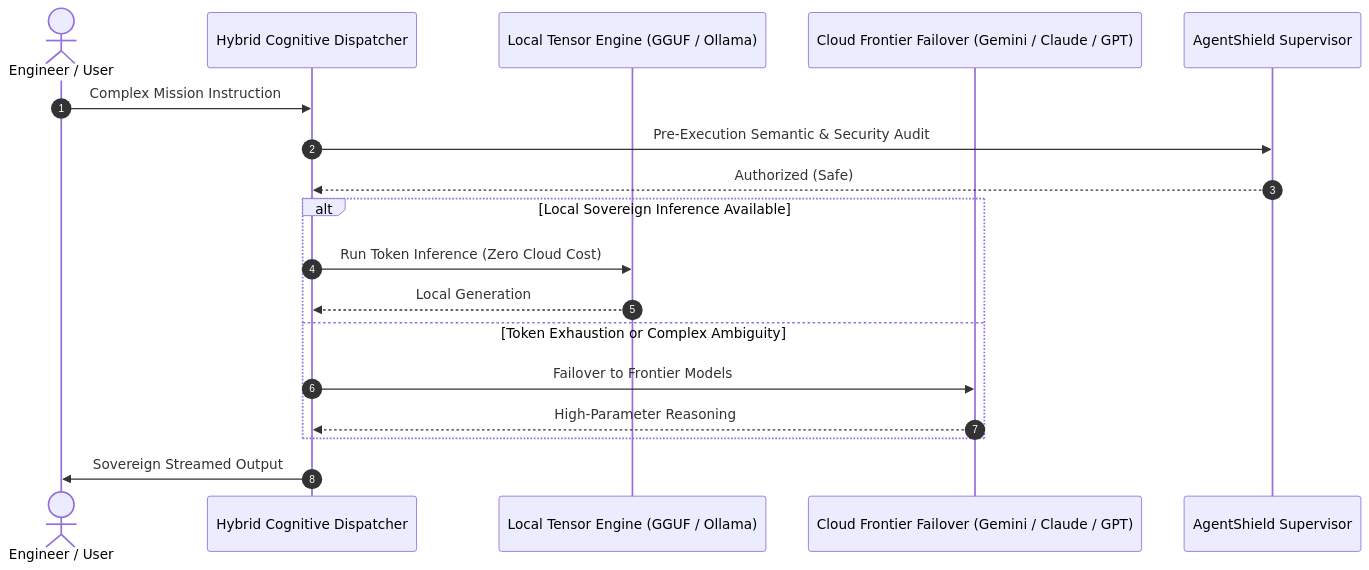
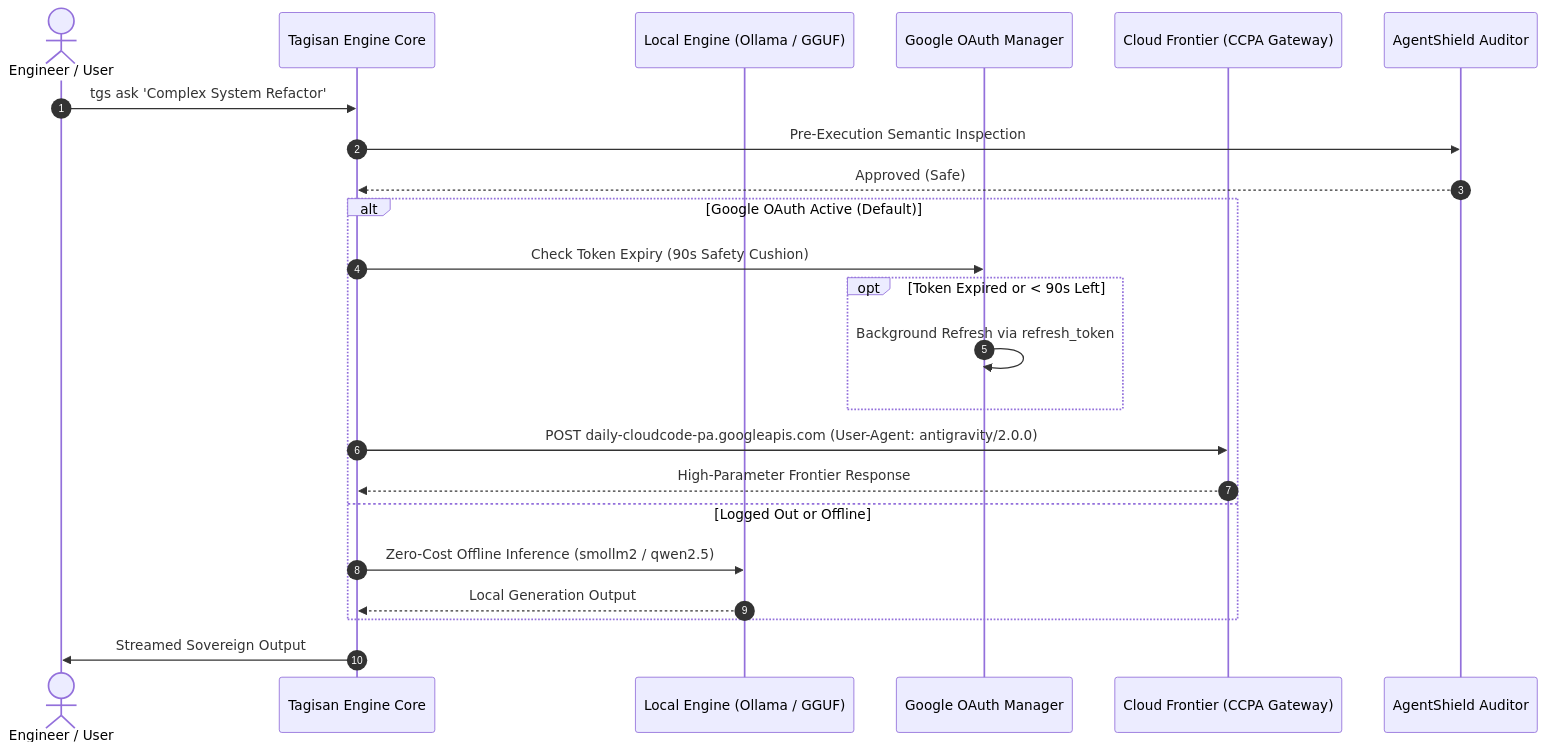
The second of 5 diagrams in docs/TGS_MASTERCLASS_COURSE.md (CharleGutierrez/tagisan), drawn with Mermaid before and after one commit. The commit also changed other lines of this file and 4 other files, not shown here.

Commit message:
docs: rewrite TGS Master Class Course with all ecosystem features, 150 scenarios, diagrams, and 32-page publication PDF

````diff
--- a/docs/TGS_MASTERCLASS_COURSE.md
+++ b/docs/TGS_MASTERCLASS_COURSE.md
@@ -68,21 +69,26 @@
 ```mermaid
 sequenceDiagram
     autonumber
     actor User as Engineer / User
-    participant Router as Hybrid Cognitive Dispatcher
-    participant Local as Local Tensor Engine (GGUF / Ollama)
-    participant Cloud as Cloud Frontier Failover (Gemini / Claude / GPT)
-    participant Shield as AgentShield Supervisor
+    participant TGS as Tagisan Engine Core
+    participant Local as Local Engine (Ollama / GGUF)
+    participant Auth as Google OAuth Manager
+    participant Cloud as Cloud Frontier (CCPA Gateway)
+    participant Shield as AgentShield Auditor
 
-    User->>Router: Complex Mission Instruction
-    Router->>Shield: Pre-Execution Semantic & Security Audit
-    Shield-->>Router: Authorized (Safe)
-    alt Local Sovereign Inference Available
-        Router->>Local: Run Token Inference (Zero Cloud Cost)
-        Local-->>Router: Local Generation
-    else Token Exhaustion or Complex Ambiguity
-        Router->>Cloud: Failover to Frontier Models
-        Cloud-->>Router: High-Parameter Reasoning
+    User->>TGS: tgs ask 'Complex System Refactor'
+    TGS->>Shield: Pre-Execution Semantic Inspection
+    Shield-->>TGS: Approved (Safe)
+    alt Google OAuth Active (Default)
+        TGS->>Auth: Check Token Expiry (90s Safety Cushion)
+        opt Token Expired or < 90s Left
+            Auth->>Auth: Background Refresh via refresh_token
+        end
+        TGS->>Cloud: POST daily-cloudcode-pa.googleapis.com (User-Agent: antigravity/2.0.0)
+        Cloud-->>TGS: High-Parameter Frontier Response
+    else Logged Out or Offline
+        TGS->>Local: Zero-Cost Offline Inference (smollm2 / qwen2.5)
+        Local-->>TGS: Local Generation Output
     end
-    Router->>User: Sovereign Streamed Output
+    TGS->>User: Streamed Sovereign Output
 ```
````
